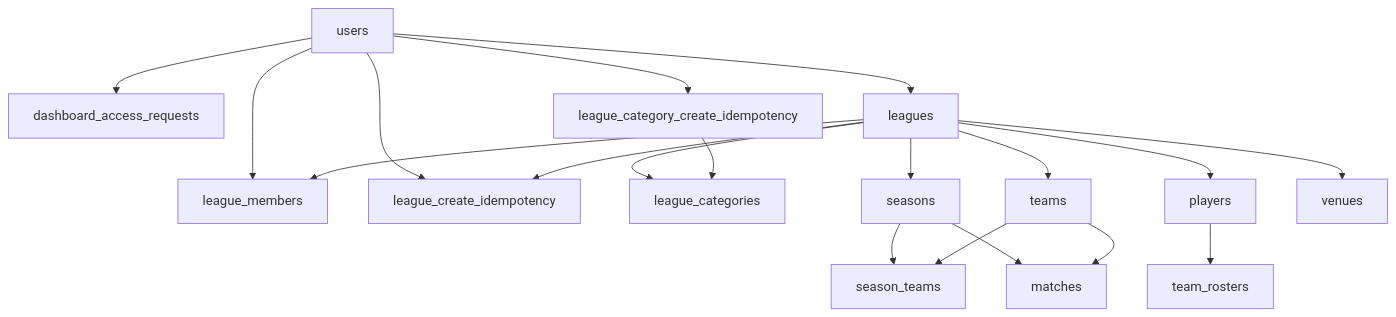
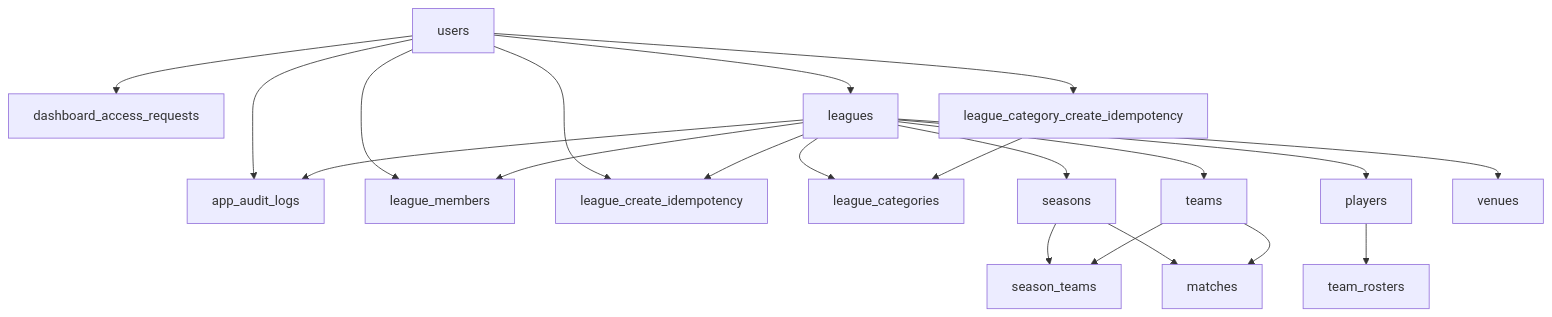
The diagram in docs/DATABASE.md (coderTtxi12/tornea), drawn with Mermaid before and after one commit. The commit also changed other lines of this file and 51 other files, not shown here.

First line of the commit message:
feat: add dashboard admins, audit logs, and venue management

````diff
--- a/docs/DATABASE.md
+++ b/docs/DATABASE.md
@@ -18,35 +18,38 @@
 ```mermaid
 flowchart TB
   users[users]
   dashboard_access_requests[dashboard_access_requests]
+  app_audit_logs[app_audit_logs]
   leagues[leagues]
   league_members[league_members]
   league_create_idempotency[league_create_idempotency]
   league_categories[league_categories]
   league_category_create_idempotency[league_category_create_idempotency]
   seasons[seasons]
   teams[teams]
   season_teams[season_teams]
   players[players]
   venues[venues]
   matches[matches]
 
   users --> dashboard_access_requests
+  users --> app_audit_logs
+  leagues --> app_audit_logs
   users --> leagues
   users --> league_members
   users --> league_create_idempotency
   users --> league_category_create_idempotency
   leagues --> league_members
   leagues --> league_create_idempotency
   leagues --> league_categories
   league_category_create_idempotency --> league_categories
   leagues --> seasons
   leagues --> teams
   leagues --> venues
   leagues --> players
   seasons --> season_teams
   teams --> season_teams
   seasons --> matches
   teams --> matches
   players --> team_rosters
 ```
````
